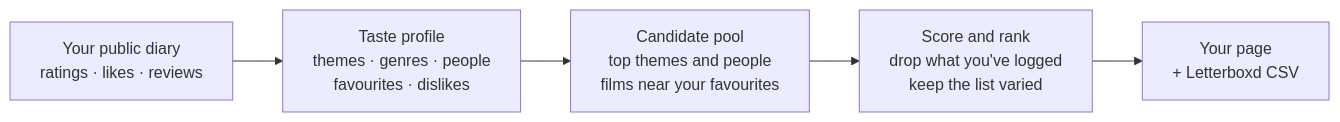
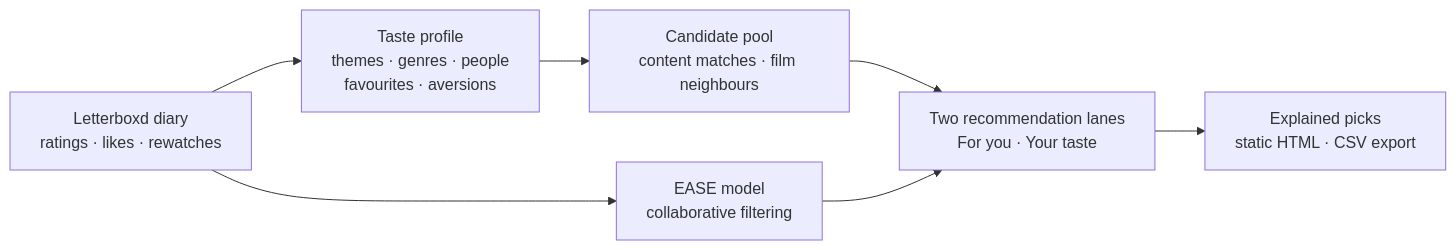
The diagram in README.md (nichtlegacy/recomendarr), drawn with Mermaid before and after one commit. The commit also changed other lines of this file and 6 other files, not shown here.

````diff
--- a/README.md
+++ b/README.md
@@ -90,7 +65,9 @@
 ```mermaid
 flowchart LR
-    DIARY["Your public diary<br/>ratings · likes · reviews"] --> PROFILE["Taste profile<br/>themes · genres · people<br/>favourites · dislikes"]
-    PROFILE --> POOL["Candidate pool<br/>top themes and people<br/>films near your favourites"]
-    POOL --> SCORE["Score and rank<br/>drop what you've logged<br/>keep the list varied"]
-    SCORE --> PAGE["Your page<br/>+ Letterboxd CSV"]
+    DIARY["Letterboxd diary<br/>ratings · likes · rewatches"] --> PROFILE["Taste profile<br/>themes · genres · people<br/>favourites · aversions"]
+    PROFILE --> POOL["Candidate pool<br/>content matches · film neighbours"]
+    DIARY --> EASE["EASE model<br/>collaborative filtering"]
+    POOL --> LANES["Two recommendation lanes<br/>For you · Your taste"]
+    EASE --> LANES
+    LANES --> PAGE["Explained picks<br/>static HTML · CSV export"]
 ```
````
